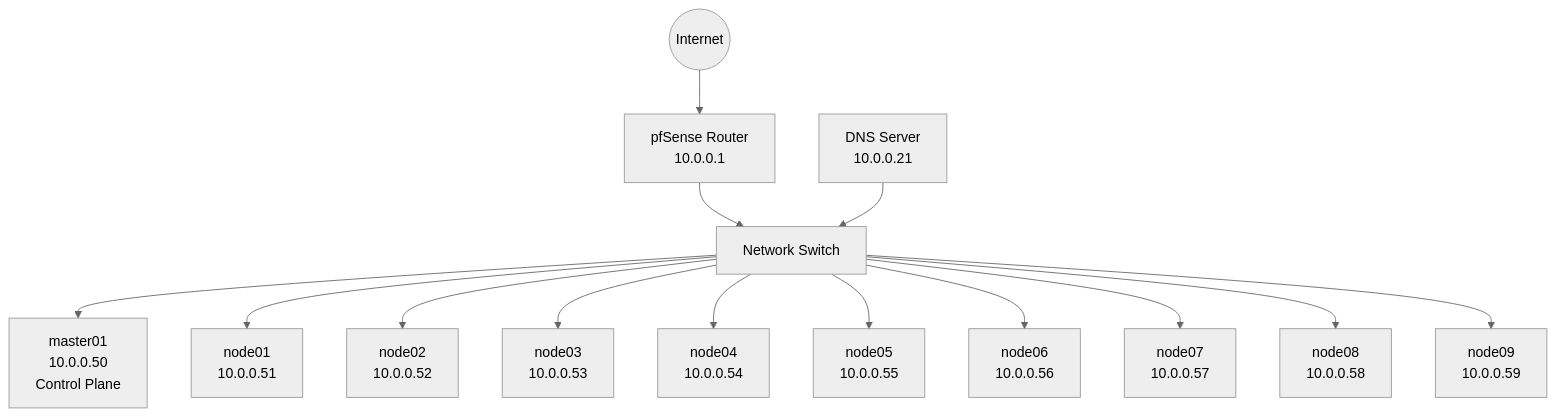
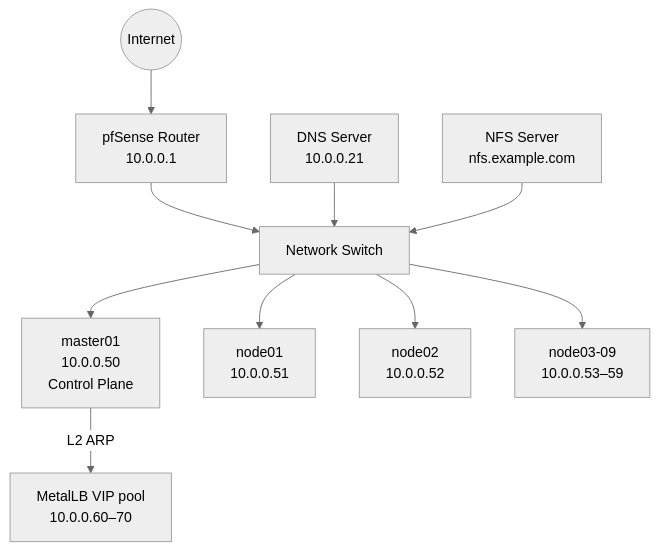
One commit to NikolajHansen/raspberry-pi-k3s-cluster changed the first of 3 diagrams in README.md. Above: the diagram before and after it, drawn with Mermaid (neutral theme). The commit also changed other lines of this file and 1 other file, not shown here.

First line of the commit message:
docs: update README and k8s manifests for MetalLB + Lyrion

````diff
--- a/README.md
+++ b/README.md
@@ -29,32 +32,25 @@
 ```mermaid
 graph TD
     internet((Internet))
     pfsense[pfSense Router\n10.0.0.1]
     switch[Network Switch]
     dns[DNS Server\n10.0.0.21]
+    nfs[NFS Server\nnfs.example.com]
 
     master[master01\n10.0.0.50\nControl Plane]
     node1[node01\n10.0.0.51]
     node2[node02\n10.0.0.52]
-    node3[node03\n10.0.0.53]
-    node4[node04\n10.0.0.54]
-    node5[node05\n10.0.0.55]
-    node6[node06\n10.0.0.56]
-    node7[node07\n10.0.0.57]
-    node8[node08\n10.0.0.58]
-    node9[node09\n10.0.0.59]
+    node3[node03-09\n10.0.0.53–59]
+
+    metallb[MetalLB VIP pool\n10.0.0.60–70]
 
     internet --> pfsense
     pfsense --> switch
     dns --> switch
+    nfs --> switch
     switch --> master
     switch --> node1
     switch --> node2
     switch --> node3
-    switch --> node4
-    switch --> node5
-    switch --> node6
-    switch --> node7
-    switch --> node8
-    switch --> node9
+    master -->|L2 ARP| metallb
 ```
````
